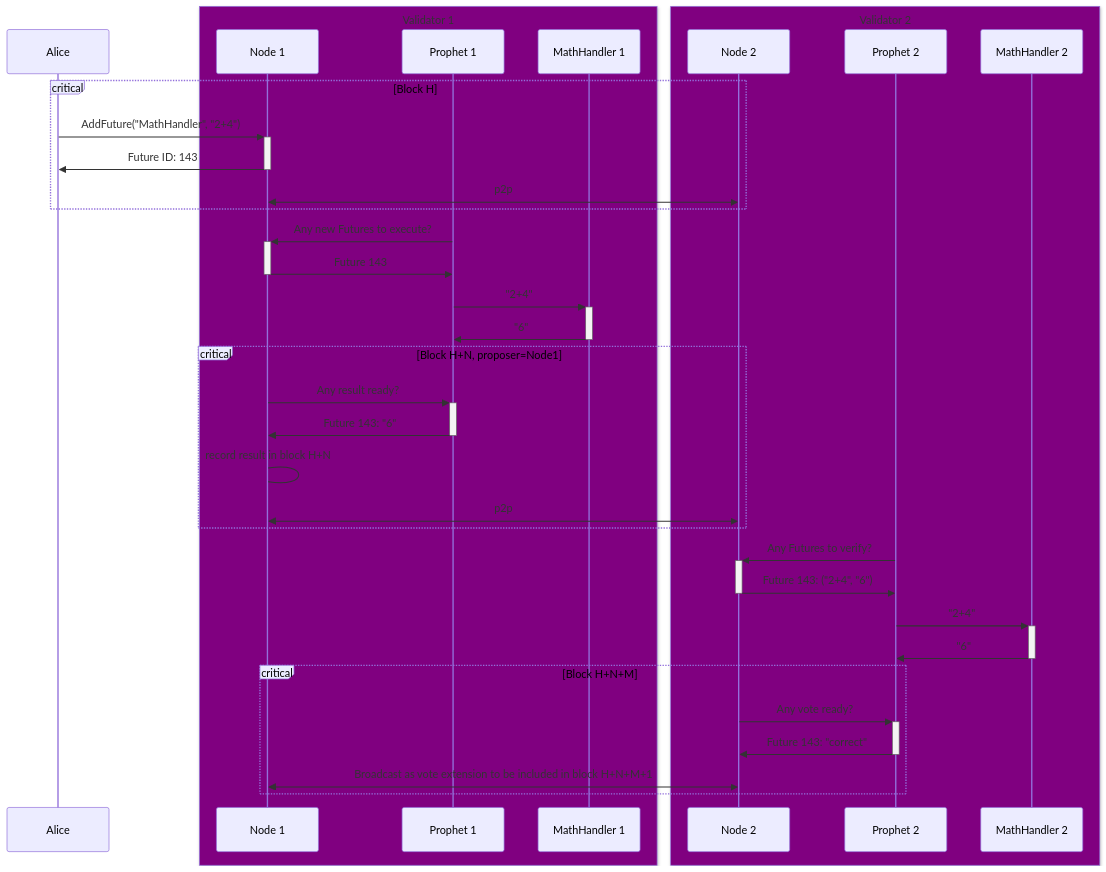
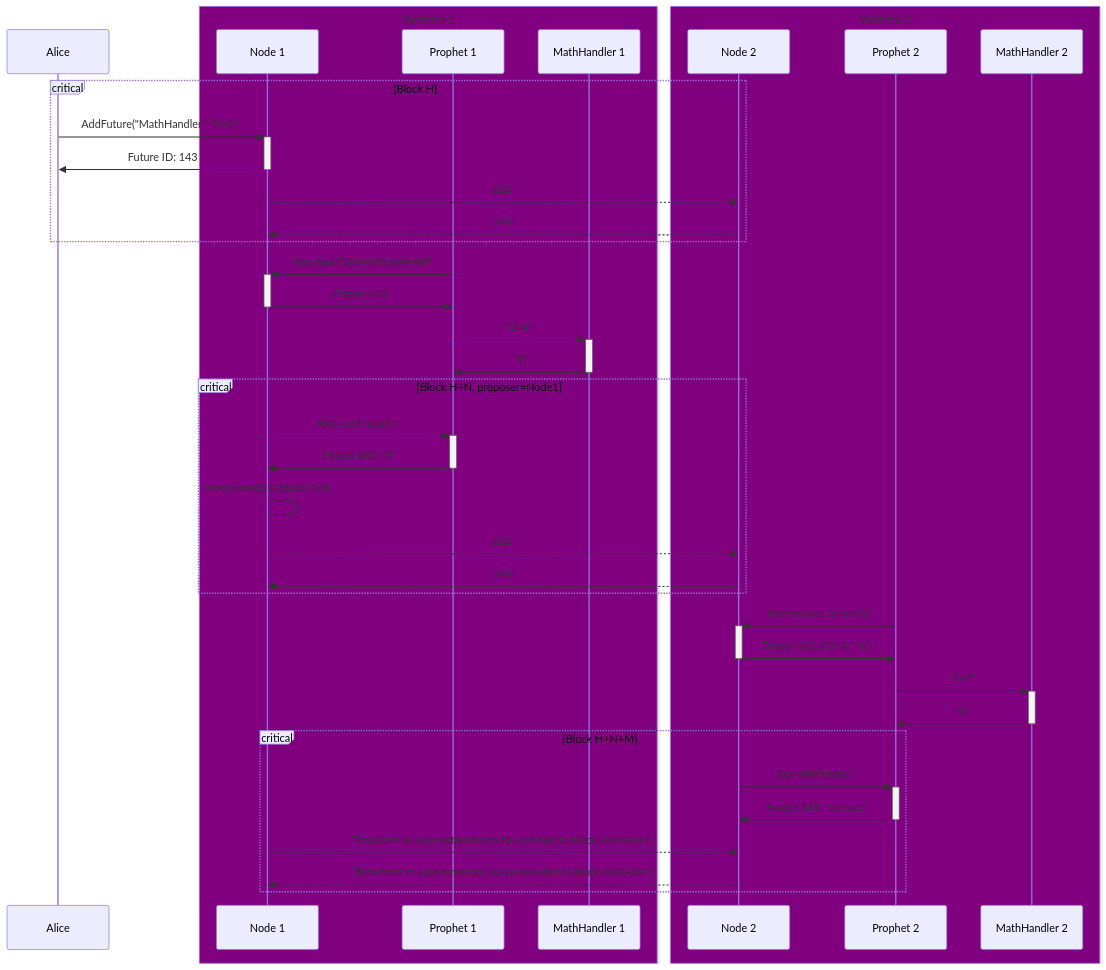
Before and after one commit to warden-protocol/wardenprotocol: the diagram in docs/developer-docs/docs/learn/warden-protocol-modules/x-async.md, drawn with Mermaid. The commit also changed other lines of this file, not shown here.

Commit message:
fixed the style in the mermaid diagram

````diff
--- a/docs/developer-docs/docs/learn/warden-protocol-modules/x-async.md
+++ b/docs/developer-docs/docs/learn/warden-protocol-modules/x-async.md
@@ -99,45 +98,49 @@
 ```mermaid
+%%{init: {'themeVariables': {'fontSize': '36px'}}}%%
 sequenceDiagram
     participant Alice
     box Purple Validator 1
         participant Node 1
         participant Prophet 1
         participant MathHandler 1
     end
     box Purple Validator 2
         participant Node 2
         participant Prophet 2
         participant MathHandler 2
     end
 
 
         critical Block H
         Alice->>+Node 1: AddFuture("MathHandler", "2+4")
       Node 1->>-Alice: Future ID: 143
-      Node 1<<->>Node 2: p2p
+      Node 1-->>Node 2: p2p
+      Node 2-->>Node 1: p2p
     end
     
     
     Prophet 1->>+Node 1: Any new Futures to execute?
     Node 1->>-Prophet 1: Future 143
     Prophet 1->>+MathHandler 1: "2+4"
     MathHandler 1->>-Prophet 1: "6"
     
         critical Block H+N, proposer=Node1
           Node 1->>+Prophet 1: Any result ready?
           Prophet 1->>-Node 1: Future 143: "6"
           Node 1->Node 1: record result in block H+N
-          Node 1<<->>Node 2: p2p
+          Node 1-->>Node 2: p2p
+          Node 2-->>Node 1: p2p
         end
 
     Prophet 2->>+Node 2: Any Futures to verify?
     Node 2->>-Prophet 2: Future 143: ("2+4", "6")
     Prophet 2->>+MathHandler 2: "2+4"
     MathHandler 2->>-Prophet 2: "6"
 
         critical Block H+N+M
           Node 2->>+Prophet 2: Any vote ready?
           Prophet 2->>-Node 2: Future 143: "correct"
-          Node 1<<->>Node 2: Broadcast as vote extension to be included in block H+N+M+1
+          Node 1-->>Node 2: Broadcast as vote extension to be included in block H+N+M+1
+          Node 2-->>Node 1: Broadcast as vote extension to be included in block H+N+M+1
         end
 ```
````
